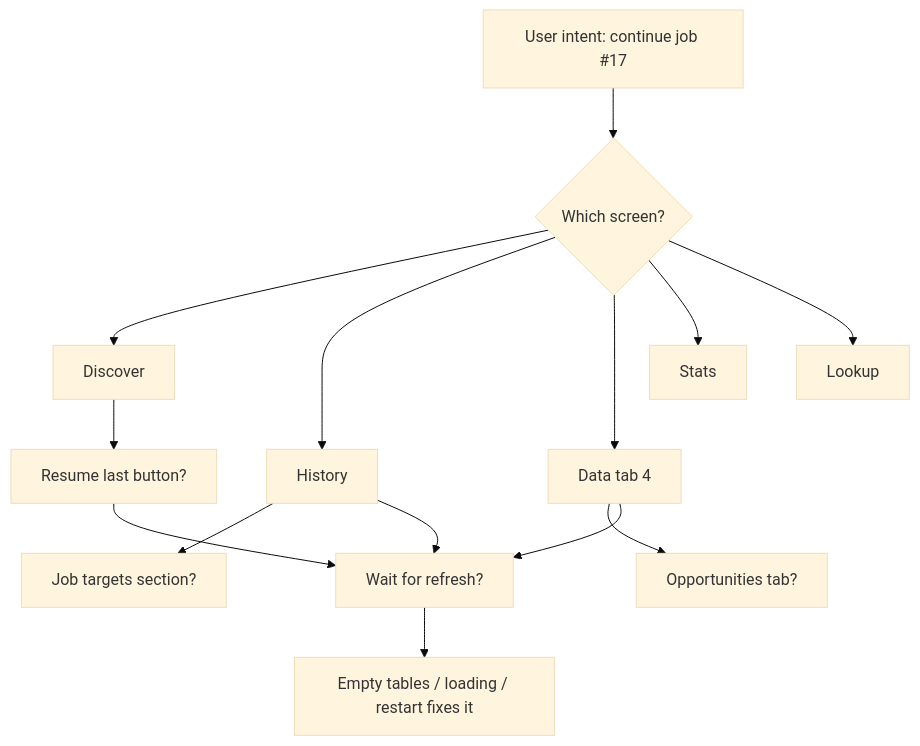
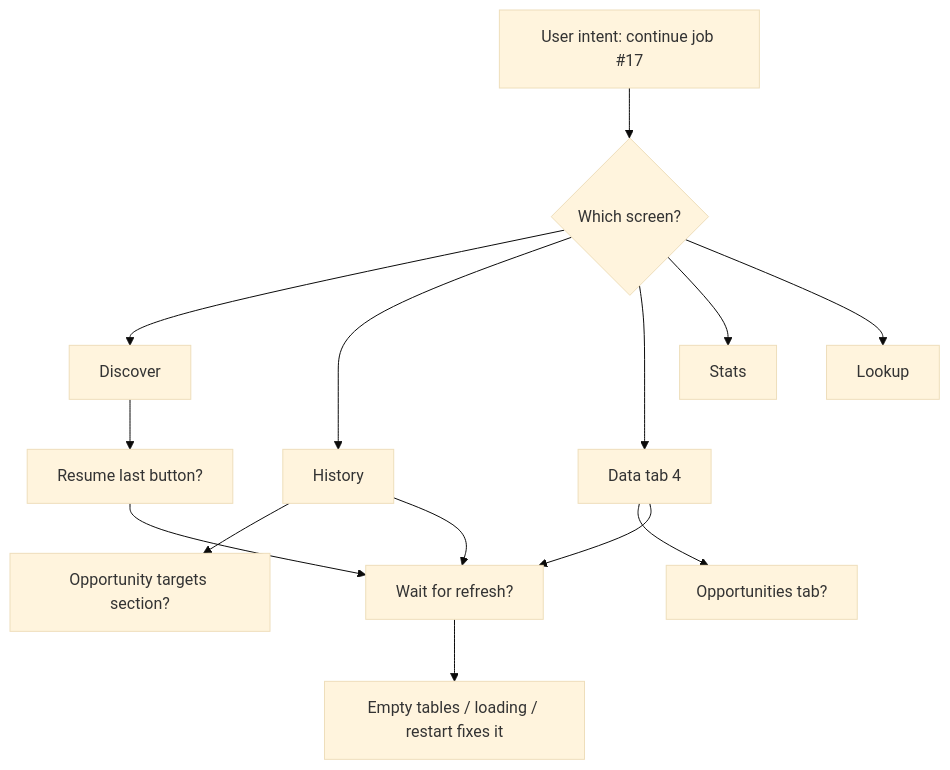
Before and after one commit to p10ns11y/collab-finder: the fifth of 13 diagrams in reports/single-pr-intuitive-product.md, drawn with Mermaid (base theme). The commit also changed other lines of this file and 31 other files, not shown here.

First line of the commit message:
chore: deepest clean of legacy terminology (Job/JobTarget -> Opportunity/Target, Hunt -> Xplore)

````diff
--- a/reports/single-pr-intuitive-product.md
+++ b/reports/single-pr-intuitive-product.md
@@ -194,17 +194,17 @@
 ```mermaid
 flowchart TB
   U[User intent: continue job #17]
   U --> Q{Which screen?}
   Q --> D[Discover]
   Q --> H[History]
   Q --> DT[Data tab 4]
   Q --> ST[Stats]
   Q --> L[Lookup]
   D --> R[Resume last button?]
-  H --> J[Job targets section?]
+  H --> J[Opportunity targets section?]
   DT --> O[Opportunities tab?]
   R --> W[Wait for refresh?]
   H --> W
   DT --> W
   W --> E[Empty tables / loading / restart fixes it]
 ```
````
